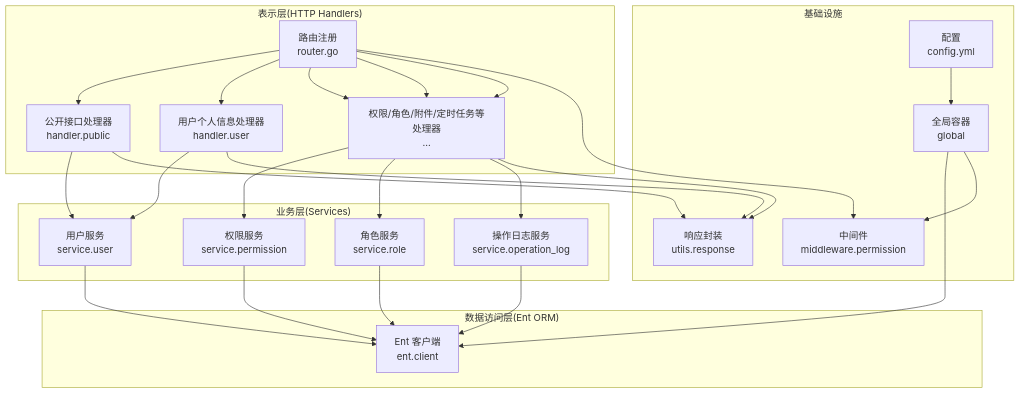
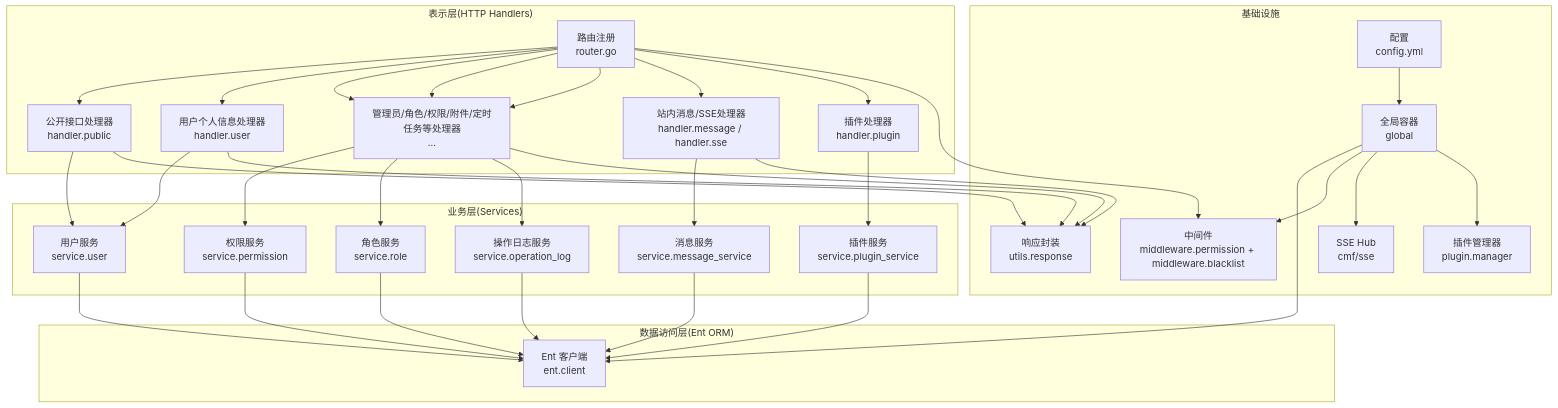
Before and after one commit to wuwuseo/e-sports-go-admin: the first of 7 diagrams in .qoder/repowiki/zh/content/架构设计/整体架构模式.md, drawn with Mermaid. The commit also changed other lines of this file and 42 other files, not shown here.

````diff
--- a/.qoder/repowiki/zh/content/架构设计/整体架构模式.md
+++ b/.qoder/repowiki/zh/content/架构设计/整体架构模式.md
@@ -45,40 +50,53 @@
 ```mermaid
 graph TB
 subgraph "表示层(HTTP Handlers)"
 R["路由注册<br/>router.go"]
 H1["公开接口处理器<br/>handler.public"]
 H2["用户个人信息处理器<br/>handler.user"]
-H3["权限/角色/附件/定时任务等处理器<br/>..."]
+H3["管理员/角色/权限/附件/定时任务等处理器<br/>..."]
+H4["站内消息/SSE处理器<br/>handler.message / handler.sse"]
+H5["插件处理器<br/>handler.plugin"]
 end
 subgraph "业务层(Services)"
 S1["用户服务<br/>service.user"]
 S2["权限服务<br/>service.permission"]
 S3["角色服务<br/>service.role"]
 S4["操作日志服务<br/>service.operation_log"]
+S5["消息服务<br/>service.message_service"]
+S6["插件服务<br/>service.plugin_service"]
 end
 subgraph "数据访问层(Ent ORM)"
 E["Ent 客户端<br/>ent.client"]
 end
 subgraph "基础设施"
 G["全局容器<br/>global"]
 C["配置<br/>config.yml"]
-M["中间件<br/>middleware.permission"]
+M["中间件<br/>middleware.permission + middleware.blacklist"]
 U["响应封装<br/>utils.response"]
+H["SSE Hub<br/>cmf/sse"]
+PM["插件管理器<br/>plugin.manager"]
 end
 R --> H1 --> S1
 R --> H2 --> S1
 R --> H3 --> S2
 R --> H3 --> S3
 R --> H3 --> S4
+R --> H4 --> S5
+R --> H5 --> S6
 S1 --> E
 S2 --> E
 S3 --> E
 S4 --> E
+S5 --> E
+S6 --> E
 H1 --> U
 H2 --> U
 H3 --> U
+H4 --> U
 R --> M
 G --> E
 G --> M
+G --> H
+G --> PM
 C --> G
 ```
````
